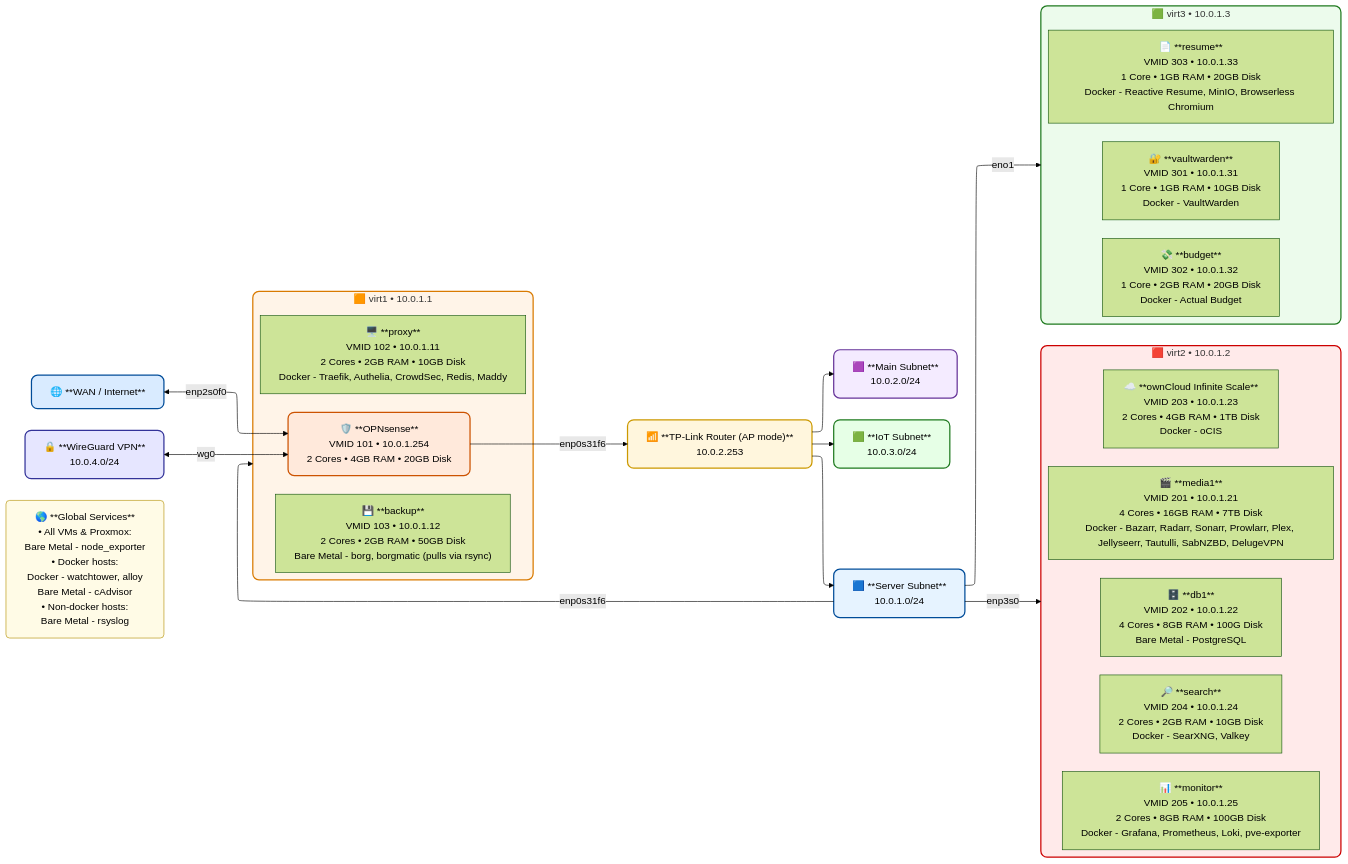
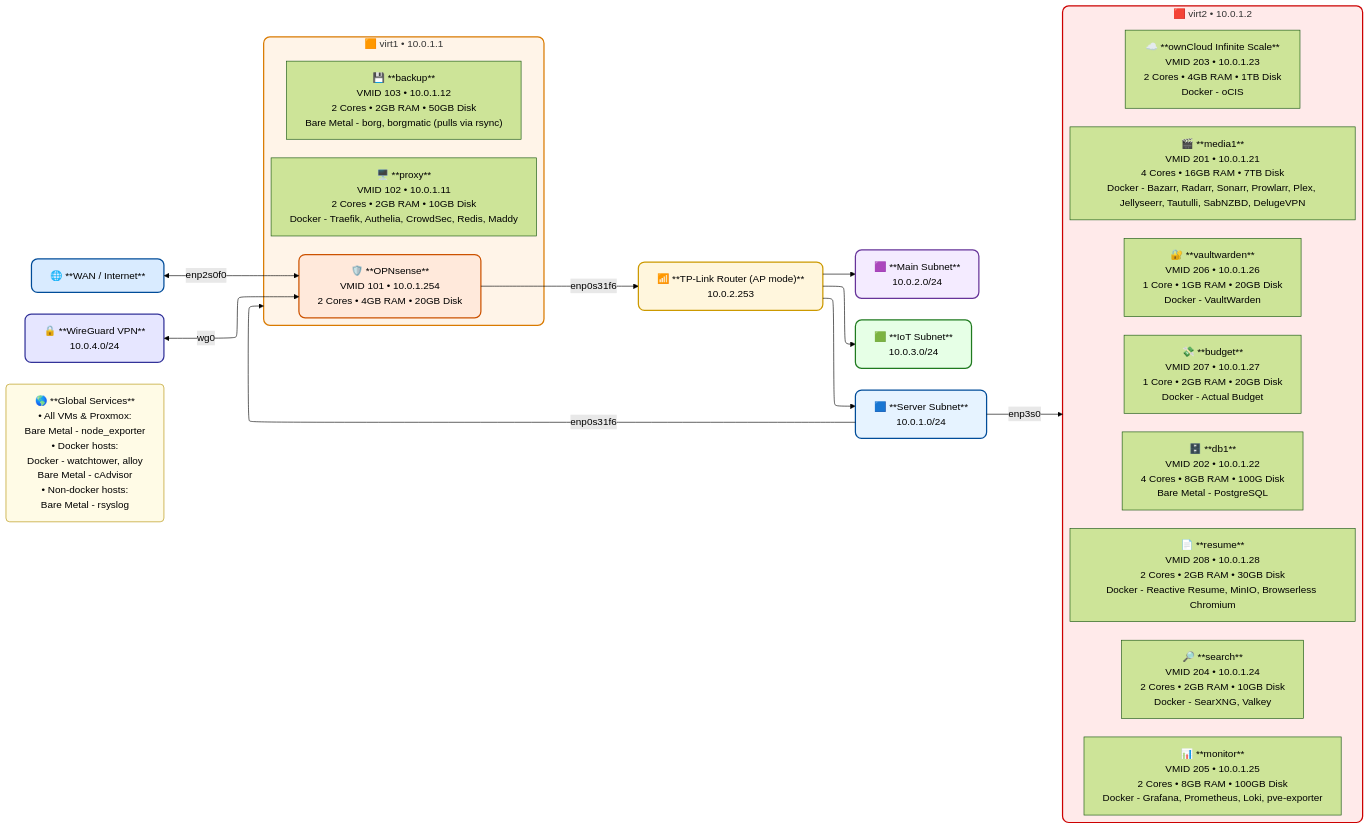
The diagram in docs/architecture.mmd (elihopk/homelab), drawn with Mermaid before and after one commit. The commit also changed 4 other files, not shown here.

```diff
--- a/docs/architecture.mmd
+++ b/docs/architecture.mmd
@@ -1,84 +1,79 @@
 %%{init: {
   "startOnLoad": true,
   "securityLevel": "loose",
   "theme": "forest",
   "flowchart": {
     "htmlLabels": true,
     "padding": 15,
     "rankSpacing": 40,
     "nodeSpacing": 55,
     "wrappingWidth": 400
   },
   "layout": "elk"
 }}%%
 flowchart LR
 
 %% ===================== WAN =====================
 WAN["🌐 **WAN / Internet**"]
 style WAN fill:#d9ebff,stroke:#004c99,stroke-width:2px,rx:10,ry:10
 
 %% ===================== WireGuard =====================
 WG["🔒 **WireGuard VPN**<br />10.0.4.0/24"]
 style WG fill:#e6e6ff,stroke:#333399,stroke-width:2px,rx:10,ry:10
 
 %% ===================== OPNsense =====================
 OPN["🛡️ **OPNsense**<br />VMID 101 • 10.0.1.254<br/>2 Cores • 4GB RAM • 20GB Disk"]
 style OPN fill:#ffe9db,stroke:#cc5200,stroke-width:2px,rx:10,ry:10
 
 %% WAN to OPNsense (NIC)
 WAN <--> |enp2s0f0| OPN
 
 %% WireGuard to OPNsense (NIC)
 WG <--> |wg0| OPN
 
 %% ===================== TP-Link Router =====================
 AP["📶 **TP-Link Router (AP mode)**<br />10.0.2.253"]
 style AP fill:#fff6dd,stroke:#cc9900,stroke-width:2px,rx:10,ry:10
 OPN --> |enp0s31f6| AP
 
 %% ===================== Subnets (Aligned Row) =====================
 SUB_LAN["🟪 **Main Subnet**<br/>10.0.2.0/24"]
 style SUB_LAN fill:#f4ebff,stroke:#663399,stroke-width:2px,rx:10,ry:10
 
 SUB_IOT["🟩 **IoT Subnet**<br/>10.0.3.0/24"]
 style SUB_IOT fill:#e6ffe6,stroke:#1f7a1f,stroke-width:2px,rx:10,ry:10
 
 SUB_SRV["🟦 **Server Subnet**<br/>10.0.1.0/24"]
 style SUB_SRV fill:#e6f3ff,stroke:#004c99,stroke-width:2px,rx:10,ry:10
 
 AP --> SUB_LAN
 AP --> SUB_IOT
 AP --> SUB_SRV
 
 %% ===================== Proxmox Hosts =====================
 subgraph VIRT1["🟧 virt1 • 10.0.1.1"]
   style VIRT1 fill:#fff4e8,stroke:#d97a00,stroke-width:2px,rx:10,ry:10
   OPN
   V1_PROXY["🖥️ **proxy**<br />VMID 102 • 10.0.1.11<br/>2 Cores • 2GB RAM • 10GB Disk<br/>Docker - Traefik, Authelia, CrowdSec, Redis, Maddy"]
   V1_BACKUP["💾 **backup**<br />VMID 103 • 10.0.1.12<br/>2 Cores • 2GB RAM • 50GB Disk<br/>Bare Metal - borg, borgmatic (pulls via rsync)"]
 end
 
 subgraph VIRT2["🟥 virt2 • 10.0.1.2"]
   style VIRT2 fill:#ffeaea,stroke:#cc0000,stroke-width:2px,rx:10,ry:10
   V2_MEDIA1["🎬 **media1**<br />VMID 201 • 10.0.1.21<br/>4 Cores • 16GB RAM • 7TB Disk<br/>Docker - Bazarr, Radarr, Sonarr, Prowlarr, Plex, Jellyseerr, Tautulli, SabNZBD, DelugeVPN"]
   V2_DB1["🗄️ **db1**<br />VMID 202 • 10.0.1.22<br/>4 Cores • 8GB RAM • 100G Disk<br/>Bare Metal - PostgreSQL"]
   V2_OWNCLOUD["☁️ **ownCloud Infinite Scale**<br />VMID 203 • 10.0.1.23<br/>2 Cores • 4GB RAM • 1TB Disk<br/>Docker - oCIS"]
   V2_SEARCH["🔎 **search**<br />VMID 204 • 10.0.1.24<br/>2 Cores • 2GB RAM • 10GB Disk<br/>Docker - SearXNG, Valkey"]
   V2_MON["📊 **monitor**<br />VMID 205 • 10.0.1.25<br/>2 Cores • 8GB RAM • 100GB Disk<br/>Docker - Grafana, Prometheus, Loki, pve-exporter"]
-end
-
-subgraph VIRT3["🟩 virt3 • 10.0.1.3"]
-  style VIRT3 fill:#ecfbec,stroke:#1f7a1f,stroke-width:2px,rx:10,ry:10
-  V3_VW["🔐 **vaultwarden**<br />VMID 301 • 10.0.1.31<br/>1 Core • 1GB RAM • 10GB Disk<br/>Docker - VaultWarden"]
-  V3_BUDGET["💸 **budget**<br />VMID 302 • 10.0.1.32<br/>1 Core • 2GB RAM • 20GB Disk<br/>Docker - Actual Budget"]
-  V3_RESUME["📄 **resume**<br />VMID 303 • 10.0.1.33<br/>1 Core • 1GB RAM • 20GB Disk<br/>Docker - Reactive Resume, MinIO, Browserless Chromium"]
+  V2_VW["🔐 **vaultwarden**<br />VMID 206 • 10.0.1.26<br/>1 Core • 1GB RAM • 20GB Disk<br/>Docker - VaultWarden"]
+  V2_BUDGET["💸 **budget**<br />VMID 207 • 10.0.1.27<br/>1 Core • 2GB RAM • 20GB Disk<br/>Docker - Actual Budget"]
+  V2_RESUME["📄 **resume**<br />VMID 208 • 10.0.1.28<br/>2 Cores • 2GB RAM • 30GB Disk<br/>Docker - Reactive Resume, MinIO, Browserless Chromium"]
 end
 
 %% ===================== Server Subnet Connections =====================
 SUB_SRV --> |enp0s31f6| VIRT1
 SUB_SRV --> |enp3s0| VIRT2
-SUB_SRV --> |eno1| VIRT3
 
 %% ===================== Global Services =====================
 LEGEND["🌎 **Global Services**<br/>• All VMs & Proxmox:<br />Bare Metal - node_exporter<br/>• Docker hosts:<br />Docker - watchtower, alloy<br />Bare Metal - cAdvisor<br/>• Non-docker hosts:<br />Bare Metal - rsyslog"]
 style LEGEND fill:#fffbe6,stroke:#b38f00,stroke-width:1px,rx:6,ry:6
```
